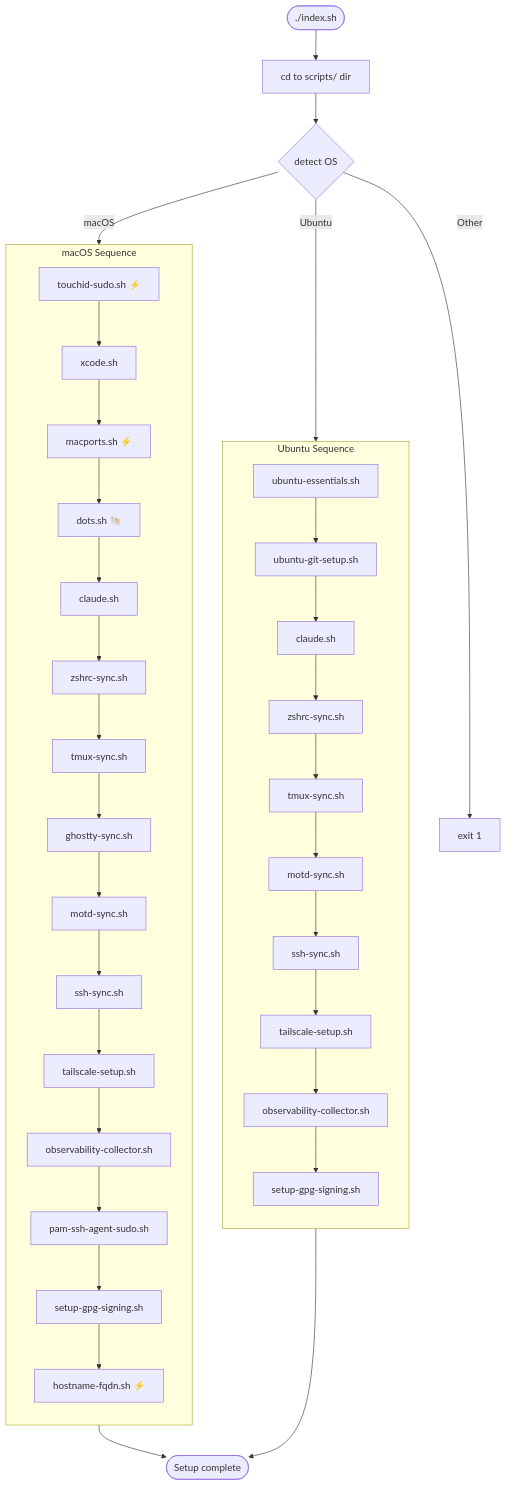
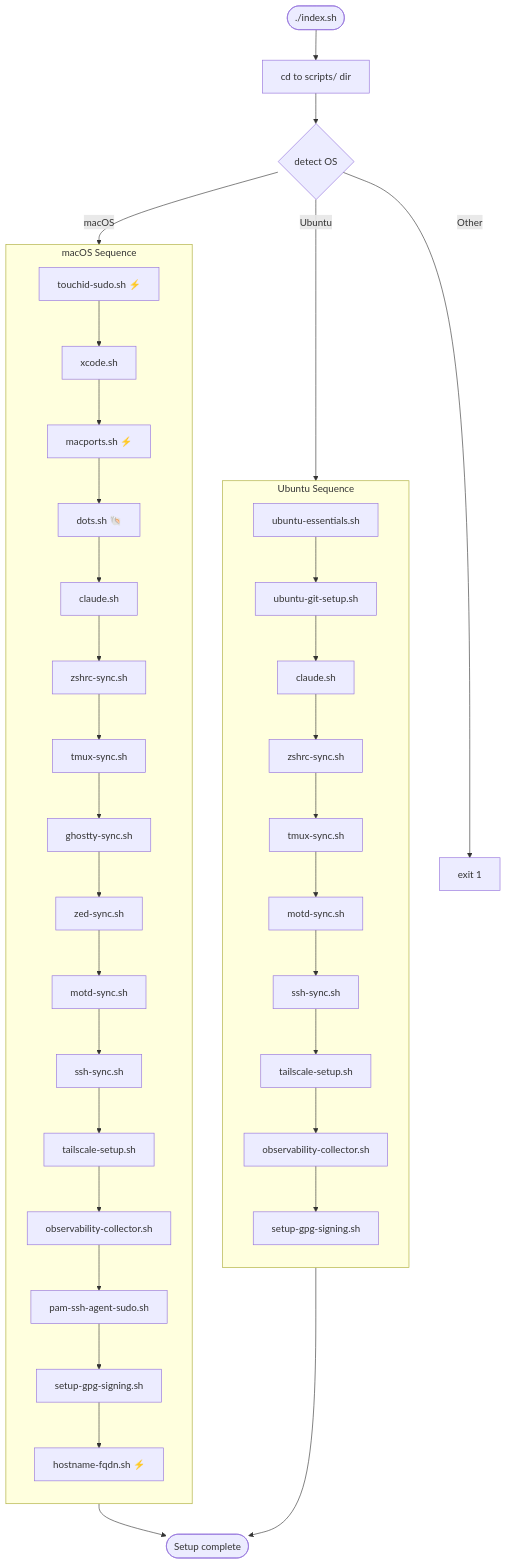
Before and after one commit to matdotcx/boblbee: the second of 8 diagrams in ARCHITECTURE.md, drawn with Mermaid. The commit also changed other lines of this file and 6 other files, not shown here.

First line of the commit message:
Add Zed editor sync, switch Claude Code to native installer

````diff
--- a/ARCHITECTURE.md
+++ b/ARCHITECTURE.md
@@ -30,43 +30,44 @@
 ```mermaid
 flowchart TD
     start(["./index.sh"]) --> cd_scripts["cd to scripts/ dir"]
     cd_scripts --> detect{"detect OS"}
 
     detect -->|macOS| mac_seq
     detect -->|Ubuntu| ubuntu_seq
     detect -->|Other| fail["exit 1"]
 
     subgraph mac_seq["macOS Sequence"]
         direction TB
         m1["touchid-sudo.sh ⚡"] --> m2["xcode.sh"]
         m2 --> m3["macports.sh ⚡"]
         m3 --> m4["dots.sh 🐚"]
         m4 --> m5["claude.sh"]
         m5 --> m6["zshrc-sync.sh"]
         m6 --> m7["tmux-sync.sh"]
         m7 --> m8["ghostty-sync.sh"]
-        m8 --> m9["motd-sync.sh"]
+        m8 --> m8b["zed-sync.sh"]
+        m8b --> m9["motd-sync.sh"]
         m9 --> m10["ssh-sync.sh"]
         m10 --> m11["tailscale-setup.sh"]
         m11 --> m12["observability-collector.sh"]
         m12 --> m13["pam-ssh-agent-sudo.sh"]
         m13 --> m14["setup-gpg-signing.sh"]
         m14 --> m15["hostname-fqdn.sh ⚡"]
     end
 
     subgraph ubuntu_seq["Ubuntu Sequence"]
         direction TB
         u1["ubuntu-essentials.sh"] --> u2["ubuntu-git-setup.sh"]
         u2 --> u3["claude.sh"]
         u3 --> u4["zshrc-sync.sh"]
         u4 --> u5["tmux-sync.sh"]
         u5 --> u6["motd-sync.sh"]
         u6 --> u7["ssh-sync.sh"]
         u7 --> u8["tailscale-setup.sh"]
         u8 --> u9["observability-collector.sh"]
         u9 --> u10["setup-gpg-signing.sh"]
     end
 
     mac_seq --> done(["Setup complete"])
     ubuntu_seq --> done
 ```
````
